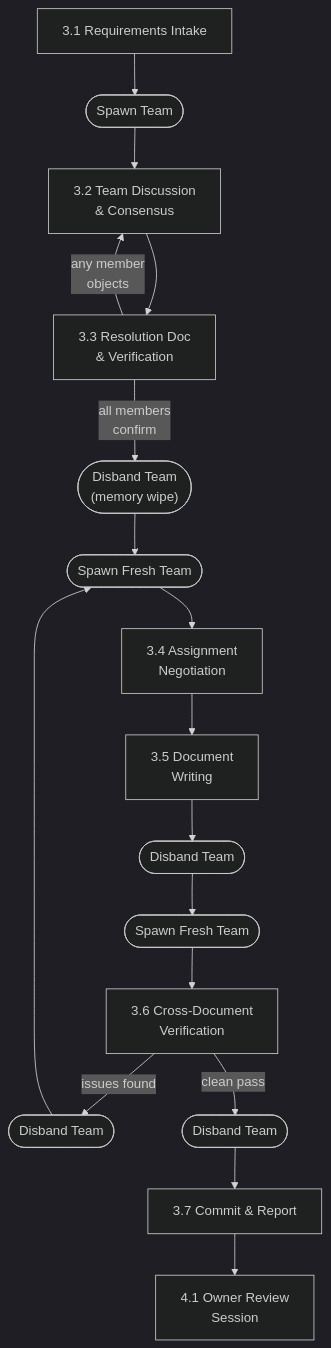
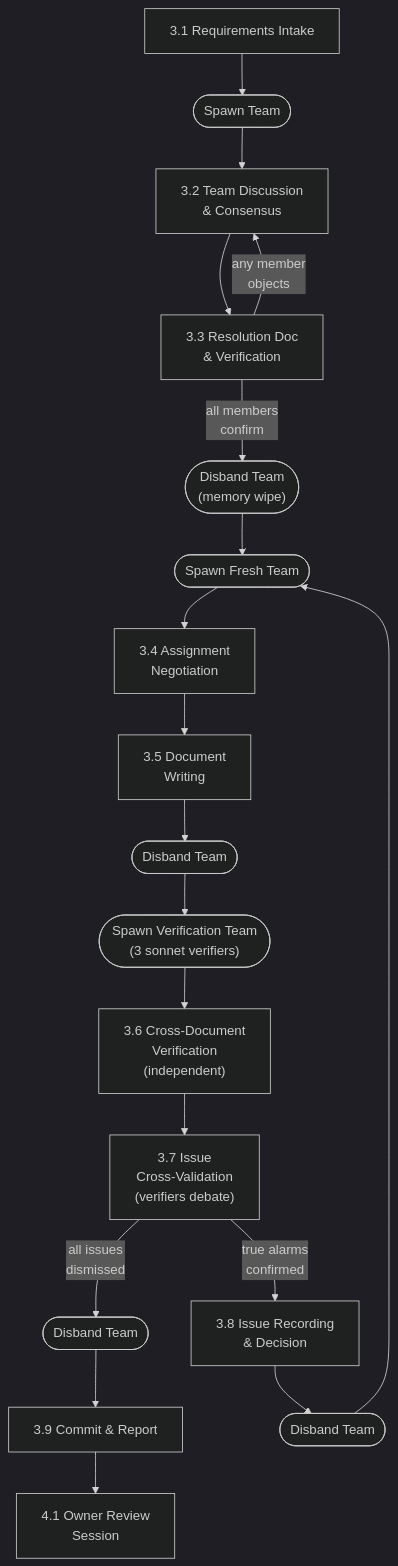
The second of 3 diagrams in docs/work-styles/03-design-workflow.md (powdream-org/it-shell3), drawn with Mermaid (dark theme) before and after one commit. The commit also changed other lines of this file and 5 other files, not shown here.

First line of the commit message:
feat(verification): add dedicated verification team with cross-validation workflow

````diff
--- a/docs/work-styles/03-design-workflow.md
+++ b/docs/work-styles/03-design-workflow.md
@@ -68,19 +68,21 @@
 ```mermaid
 graph TD
     A["3.1 Requirements Intake"] --> spawn1(["Spawn Team"])
     spawn1 --> B["3.2 Team Discussion<br/>& Consensus"]
     B --> C["3.3 Resolution Doc<br/>& Verification"]
     C -- "any member<br/>objects" --> B
     C -- "all members<br/>confirm" --> disband1(["Disband Team<br/>(memory wipe)"])
     disband1 --> spawn2(["Spawn Fresh Team"])
     spawn2 --> D1["3.4 Assignment<br/>Negotiation"]
     D1 --> D2["3.5 Document<br/>Writing"]
     D2 --> disband2(["Disband Team"])
-    disband2 --> spawn3(["Spawn Fresh Team"])
-    spawn3 --> E["3.6 Cross-Document<br/>Verification"]
-    E -- "issues found" --> disband3(["Disband Team"])
+    disband2 --> spawn3(["Spawn Verification Team<br/>(3 sonnet verifiers)"])
+    spawn3 --> E["3.6 Cross-Document<br/>Verification<br/>(independent)"]
+    E --> F["3.7 Issue<br/>Cross-Validation<br/>(verifiers debate)"]
+    F -- "all issues<br/>dismissed" --> disband4(["Disband Team"])
+    F -- "true alarms<br/>confirmed" --> G["3.8 Issue Recording<br/>& Decision"]
+    G --> disband3(["Disband Team"])
     disband3 --> spawn2
-    E -- "clean pass" --> disband4(["Disband Team"])
-    disband4 --> F["3.7 Commit & Report"]
-    F --> G["4.1 Owner Review<br/>Session"]
+    disband4 --> H["3.9 Commit & Report"]
+    H --> I["4.1 Owner Review<br/>Session"]
 ```
````
